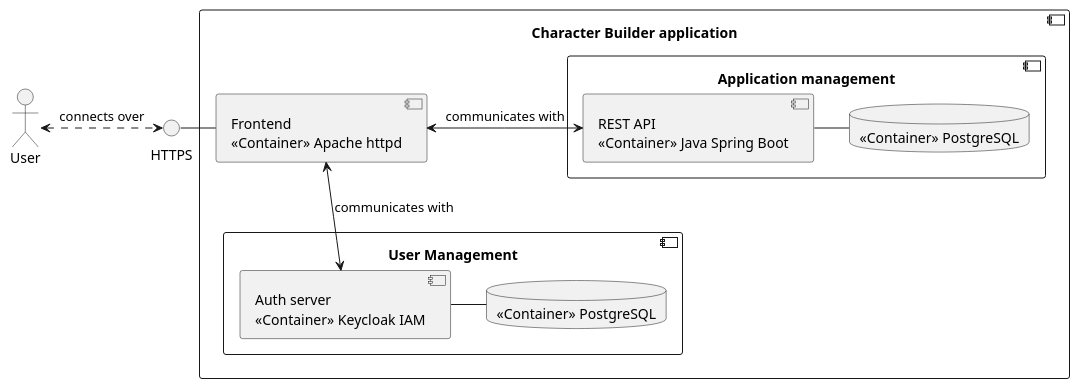
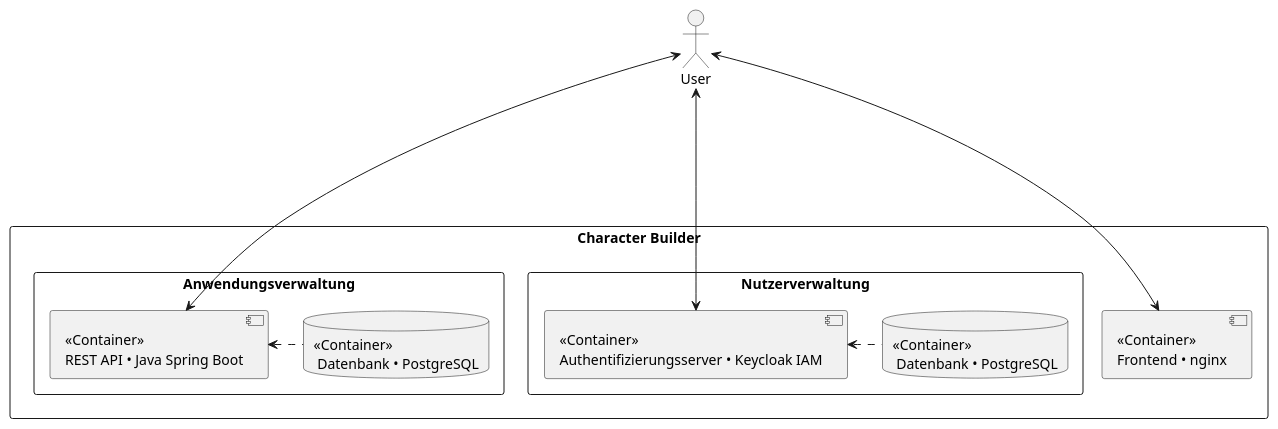
Before and after one commit to speier-v/CharacterBuilder: the diagram in docs/component_diagram.puml, drawn with PlantUML.

Commit message:
refactor(docs): corrected component diagram

```diff
--- a/docs/component_diagram.puml
+++ b/docs/component_diagram.puml
@@ -1,27 +1,24 @@
 @startuml
 actor User as User
-interface HTTPS as Interface_HTTPS
-User <.> Interface_HTTPS: connects over
 
-component "Character Builder application" {
+rectangle "Character Builder" {
+  [<<Container>>\nFrontend • nginx] as Frontend
 
-[Frontend\n<<Container>> Apache httpd] as Frontend
+  rectangle "Anwendungsverwaltung" {
+  [<<Container>>\nREST API • Java Spring Boot] as SpringBootBackend
+    Database "<<Container>>\n Datenbank • PostgreSQL" as NonUserDataDb
+  }
 
-component "Application management"{
-[REST API\n<<Container>> Java Spring Boot] as SpringBootBackend
-  Database "<<Container>> PostgreSQL" as NonUserDataDb
-}
+  rectangle "Nutzerverwaltung" {
+      Database "<<Container>>\n Datenbank • PostgreSQL" as UserDataDb
+      [<<Container>>\nAuthentifizierungsserver • Keycloak IAM] as AuthServer
+  }
 
-component "User Management" {
-    Database "<<Container>> PostgreSQL" as UserDataDb
-    [Auth server\n<<Container>> Keycloak IAM] as AuthServer
-}
+  User <----> Frontend
+  User <--> AuthServer
 
-Interface_HTTPS - Frontend
-Frontend <-> SpringBootBackend: communicates with
-Frontend <--> AuthServer: communicates with
-SpringBootBackend - NonUserDataDb
-AuthServer - UserDataDb
-
+  User <-> SpringBootBackend
+  SpringBootBackend <. NonUserDataDb
+  AuthServer <. UserDataDb
 }
 @enduml
```
